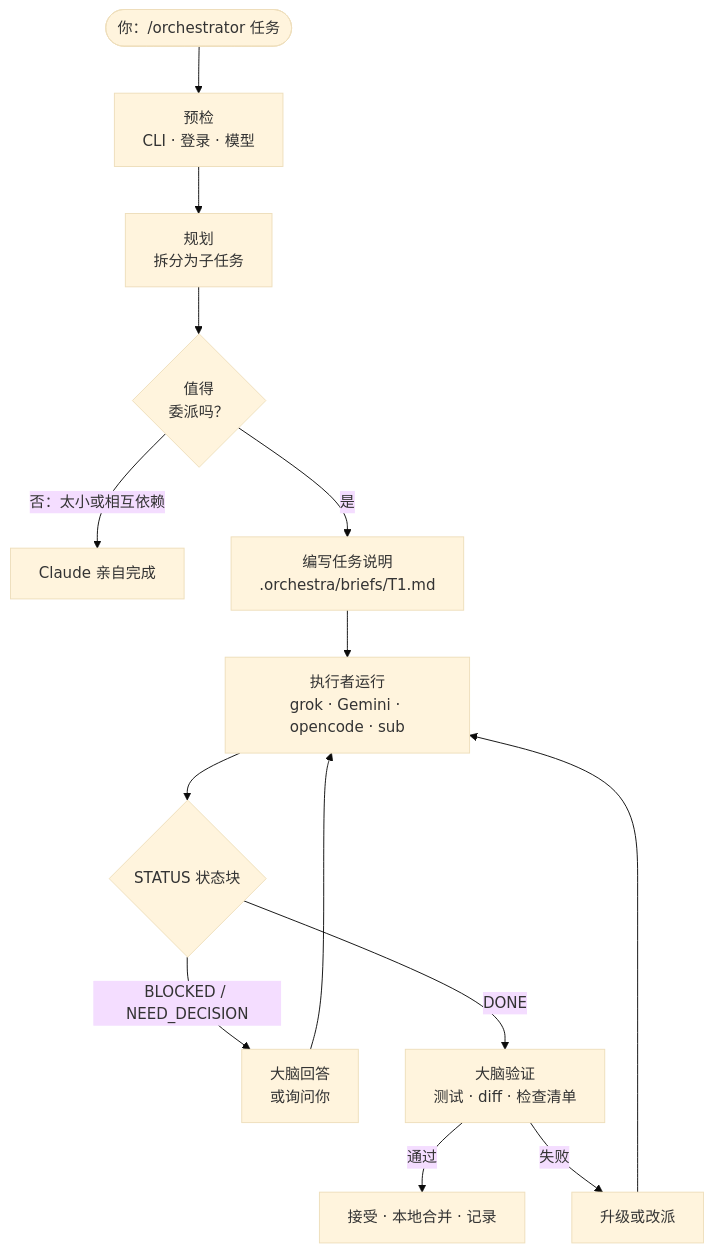
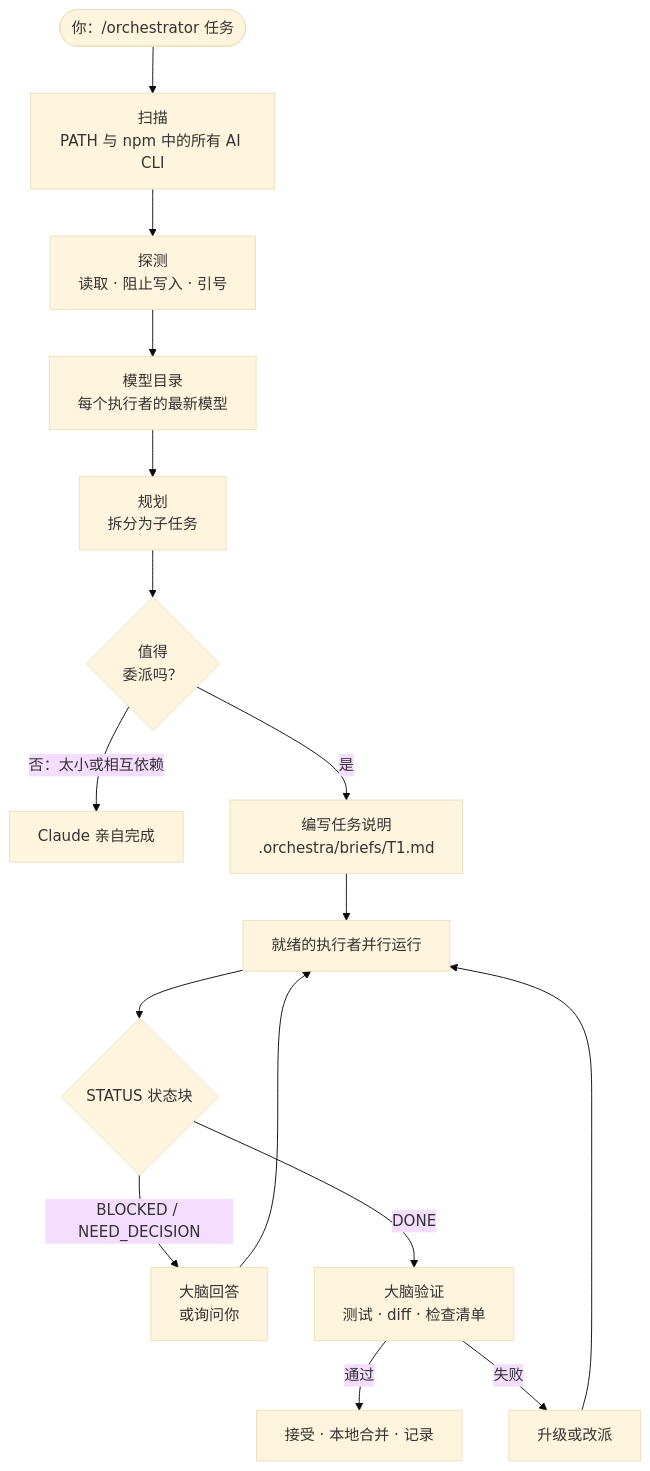
One commit to yoelkh/orkestraku changed the first of 3 diagrams in README.zh-CN.md. Above: the diagram before and after it, drawn with Mermaid (base theme). The commit also changed other lines of this file and 9 other files, not shown here.

````diff
--- a/README.zh-CN.md
+++ b/README.zh-CN.md
@@ -54,14 +59,16 @@
 ```mermaid
 flowchart TD
-    U(["你：/orchestrator 任务"]) --> P["预检<br/>CLI · 登录 · 模型"]
-    P --> PL["规划<br/>拆分为子任务"]
+    U(["你：/orchestrator 任务"]) --> SC["扫描<br/>PATH 与 npm 中的所有 AI CLI"]
+    SC --> PR["探测<br/>读取 · 阻止写入 · 引号"]
+    PR --> CAT["模型目录<br/>每个执行者的最新模型"]
+    CAT --> PL["规划<br/>拆分为子任务"]
     PL --> D{"值得<br/>委派吗？"}
     D -- "否：太小或相互依赖" --> SELF["Claude 亲自完成"]
     D -- 是 --> B["编写任务说明<br/>.orchestra/briefs/T1.md"]
-    B --> W["执行者运行<br/>grok · Gemini · opencode · sub"]
+    B --> W["就绪的执行者并行运行"]
     W --> S{"STATUS 状态块"}
     S -- "BLOCKED / NEED_DECISION" --> A["大脑回答<br/>或询问你"] --> W
     S -- DONE --> V["大脑验证<br/>测试 · diff · 检查清单"]
     V -- 通过 --> M["接受 · 本地合并 · 记录"]
     V -- 失败 --> E["升级或改派"] --> W
 ```
````
